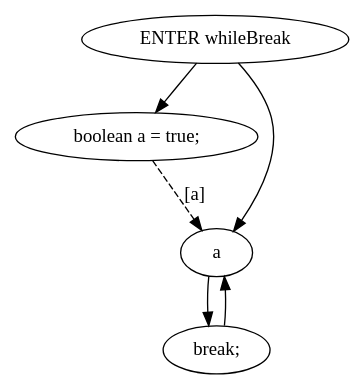
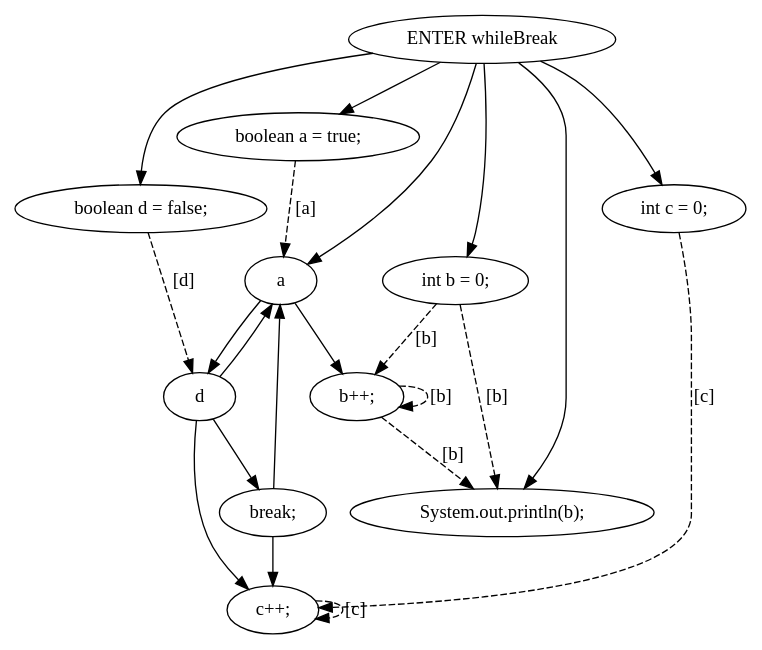
Before and after one commit to Surprise-Jing/Java-oriented-analysis-and-understanding-tools: the diagram in staticSlicer/data/testcases/output/while/WhileTest/pdg/dot/whileBreak().dot, drawn with Graphviz. The commit also changed 104 other files, not shown here.

```diff
--- a/staticSlicer/data/testcases/output/while/WhileTest/pdg/dot/whileBreak().dot
+++ b/staticSlicer/data/testcases/output/while/WhileTest/pdg/dot/whileBreak().dot
@@ -1,11 +1,34 @@
 digraph G {
   0 [ label="ENTER whileBreak" ];
   2 [ label="boolean a = true;" ];
-  3 [ label="a" ];
-  4 [ label="break;" ];
-  2 -> 3 [ style="dashed" label="[a]" ];
+  3 [ label="boolean d = false;" ];
+  4 [ label="int b = 0;" ];
+  5 [ label="int c = 0;" ];
+  6 [ label="a" ];
+  7 [ label="b++;" ];
+  8 [ label="d" ];
+  9 [ label="break;" ];
+  10 [ label="c++;" ];
+  11 [ label="System.out.println(b);" ];
+  2 -> 6 [ style="dashed" label="[a]" ];
+  4 -> 7 [ style="dashed" label="[b]" ];
+  7 -> 7 [ style="dashed" label="[b]" ];
+  3 -> 8 [ style="dashed" label="[d]" ];
+  5 -> 10 [ style="dashed" label="[c]" ];
+  10 -> 10 [ style="dashed" label="[c]" ];
+  4 -> 11 [ style="dashed" label="[b]" ];
+  7 -> 11 [ style="dashed" label="[b]" ];
   0 -> 2 [ ];
   0 -> 3 [ ];
-  3 -> 4 [ ];
-  4 -> 3 [ ];
+  0 -> 4 [ ];
+  0 -> 5 [ ];
+  0 -> 6 [ ];
+  0 -> 11 [ ];
+  6 -> 7 [ ];
+  6 -> 8 [ ];
+  8 -> 9 [ ];
+  9 -> 10 [ ];
+  9 -> 6 [ ];
+  8 -> 10 [ ];
+  8 -> 6 [ ];
 }
```
